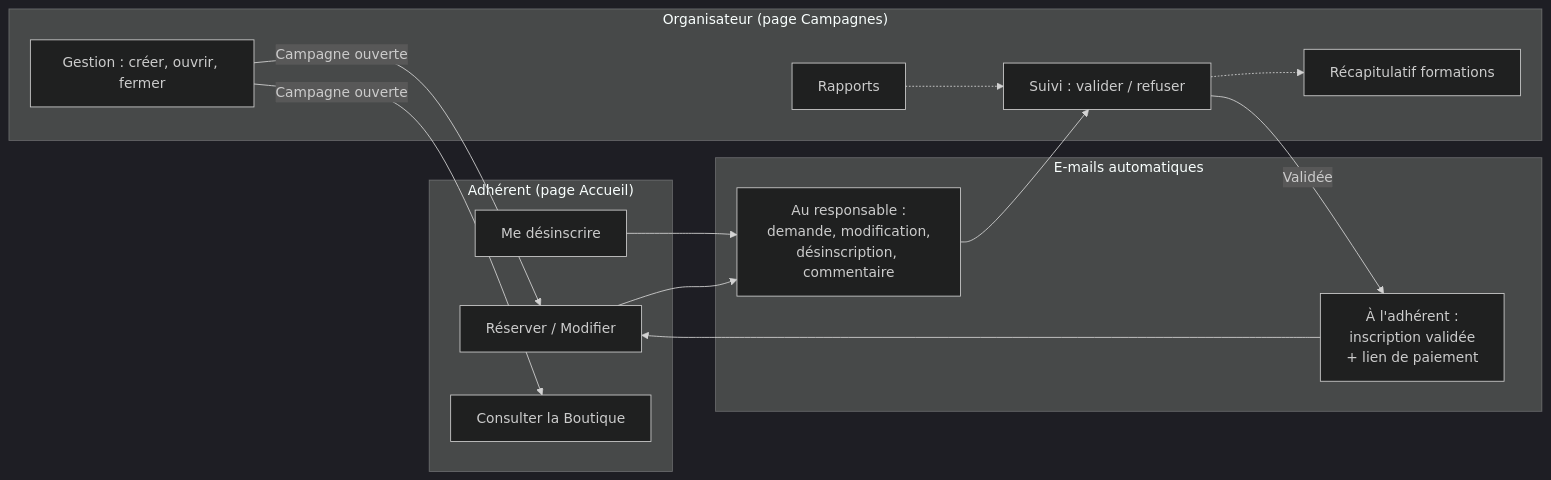
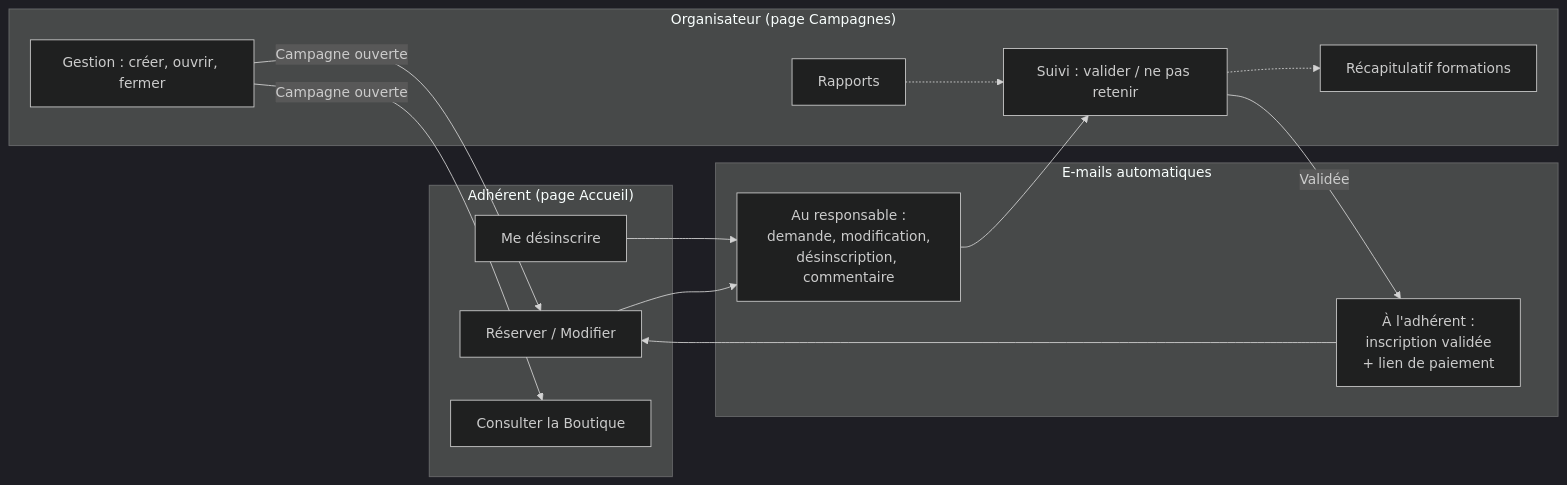
Before and after one commit to Davonex/ComponentGestionDesAdhesions: the third of 3 diagrams in docs/utilisateur/campagnes.md, drawn with Mermaid (dark theme). The commit also changed other lines of this file and 20 other files, not shown here.

````diff
--- a/docs/utilisateur/campagnes.md
+++ b/docs/utilisateur/campagnes.md
@@ -249,30 +289,30 @@
 ```mermaid
 flowchart LR
     subgraph ADH["Adhérent (page Accueil)"]
         A1[Réserver / Modifier]
         A2[Me désinscrire]
         A3[Consulter la Boutique]
     end
 
     subgraph ORG["Organisateur (page Campagnes)"]
-        O1[Suivi : valider / refuser]
+        O1[Suivi : valider / ne pas retenir]
         O2[Gestion : créer, ouvrir, fermer]
         O3[Rapports]
         O4[Récapitulatif formations]
     end
 
     subgraph MAIL["E-mails automatiques"]
         M1[Au responsable :<br/>demande, modification,<br/>désinscription, commentaire]
         M2[À l'adhérent :<br/>inscription validée<br/>+ lien de paiement]
     end
 
     A1 --> M1
     A2 --> M1
     M1 --> O1
     O1 -->|Validée| M2
     M2 --> A1
     O2 -->|Campagne ouverte| A1
     O2 -->|Campagne ouverte| A3
     O3 -.-> O1
     O1 -.-> O4
 ```
````
